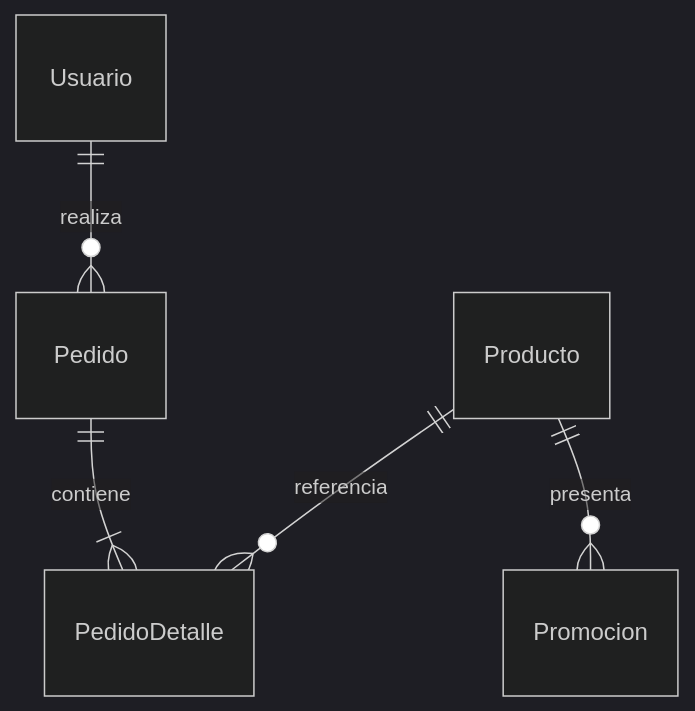
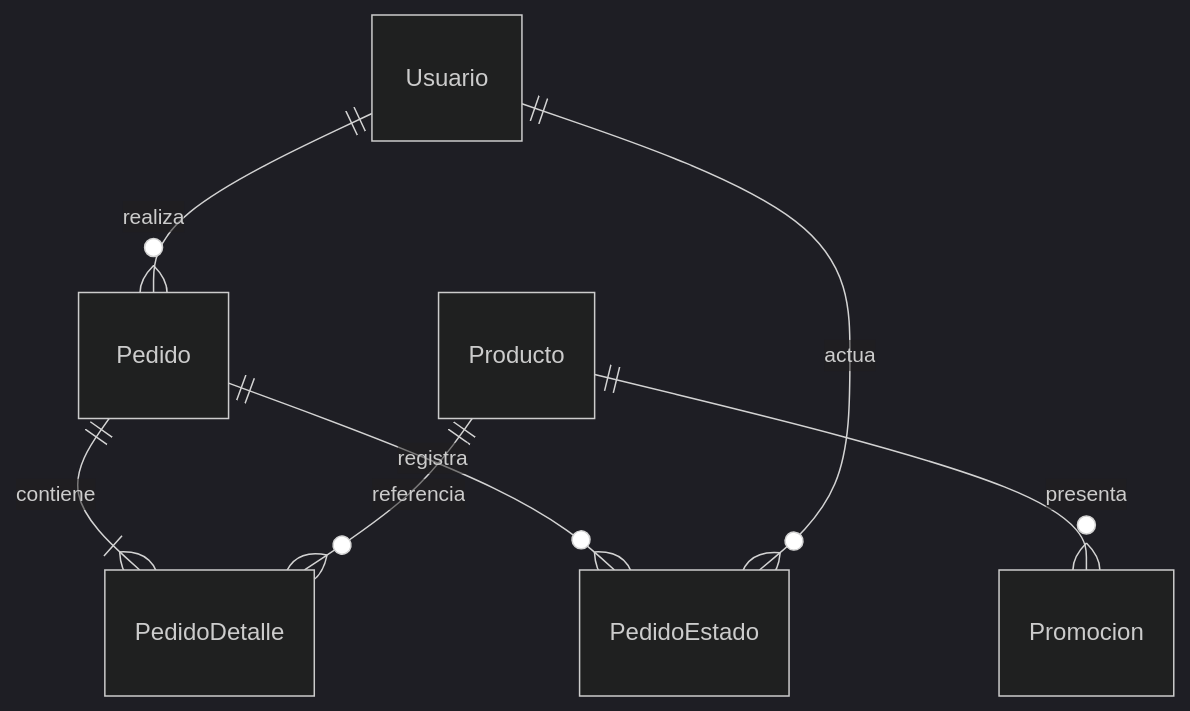
One commit to elkin2004olmedoch-dotcom/Farmacia-Reyna-del-Cisne changed the diagram in docs/auditorias/reto2/02-persistencia-prisma.md. Above: the diagram before and after it, drawn with Mermaid (dark theme). The commit also changed other lines of this file and 55 other files, not shown here.

````diff
--- a/docs/auditorias/reto2/02-persistencia-prisma.md
+++ b/docs/auditorias/reto2/02-persistencia-prisma.md
@@ -25,7 +27,9 @@
 ```mermaid
 erDiagram
   Usuario ||--o{ Pedido : realiza
   Pedido ||--|{ PedidoDetalle : contiene
   Producto ||--o{ PedidoDetalle : referencia
   Producto ||--o{ Promocion : presenta
+  Pedido ||--o{ PedidoEstado : registra
+  Usuario ||--o{ PedidoEstado : actua
 ```
````
